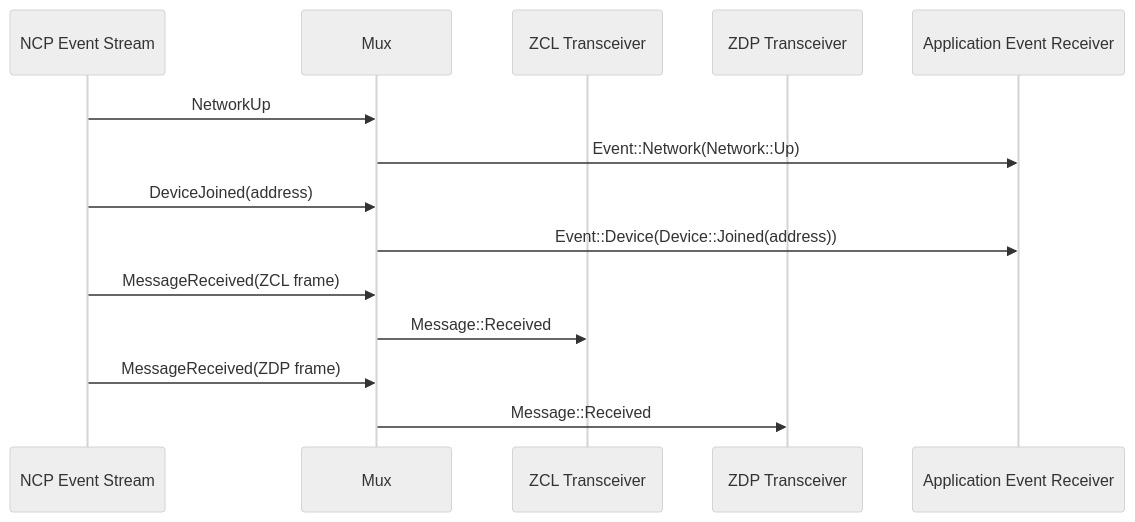
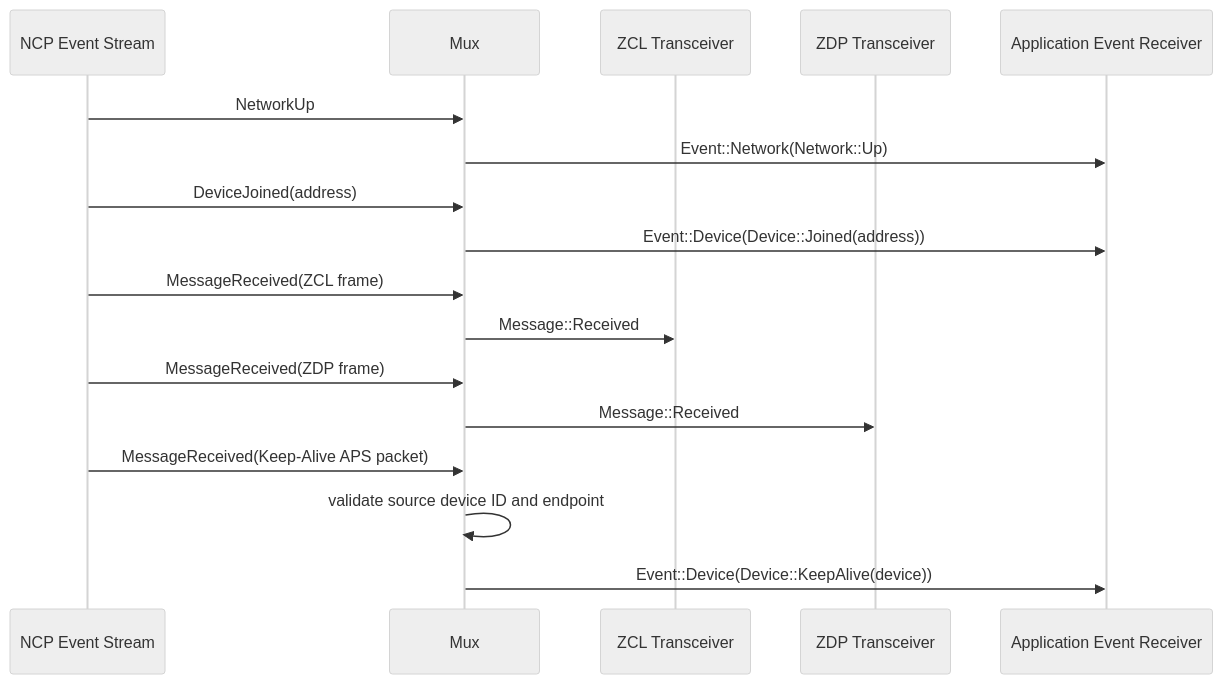
One commit to PaulmannLighting/apis-saltans changed the third of 8 diagrams in coordinator/ARCHITECTURE.md. Above: the diagram before and after it, drawn with Mermaid (neutral theme). The commit also changed other lines of this file and 11 other files, not shown here.

````diff
--- a/coordinator/ARCHITECTURE.md
+++ b/coordinator/ARCHITECTURE.md
@@ -192,20 +199,24 @@
 ```mermaid
 sequenceDiagram
     participant HW as NCP Event Stream
     participant M as Mux
     participant ZCL as ZCL Transceiver
     participant ZDP as ZDP Transceiver
     participant APP as Application Event Receiver
 
     HW->>M: NetworkUp
     M->>APP: Event::Network(Network::Up)
 
     HW->>M: DeviceJoined(address)
     M->>APP: Event::Device(Device::Joined(address))
 
     HW->>M: MessageReceived(ZCL frame)
     M->>ZCL: Message::Received
 
     HW->>M: MessageReceived(ZDP frame)
     M->>ZDP: Message::Received
+
+    HW->>M: MessageReceived(Keep-Alive APS packet)
+    M->>M: validate source device ID and endpoint
+    M->>APP: Event::Device(Device::KeepAlive(device))
 ```
````
